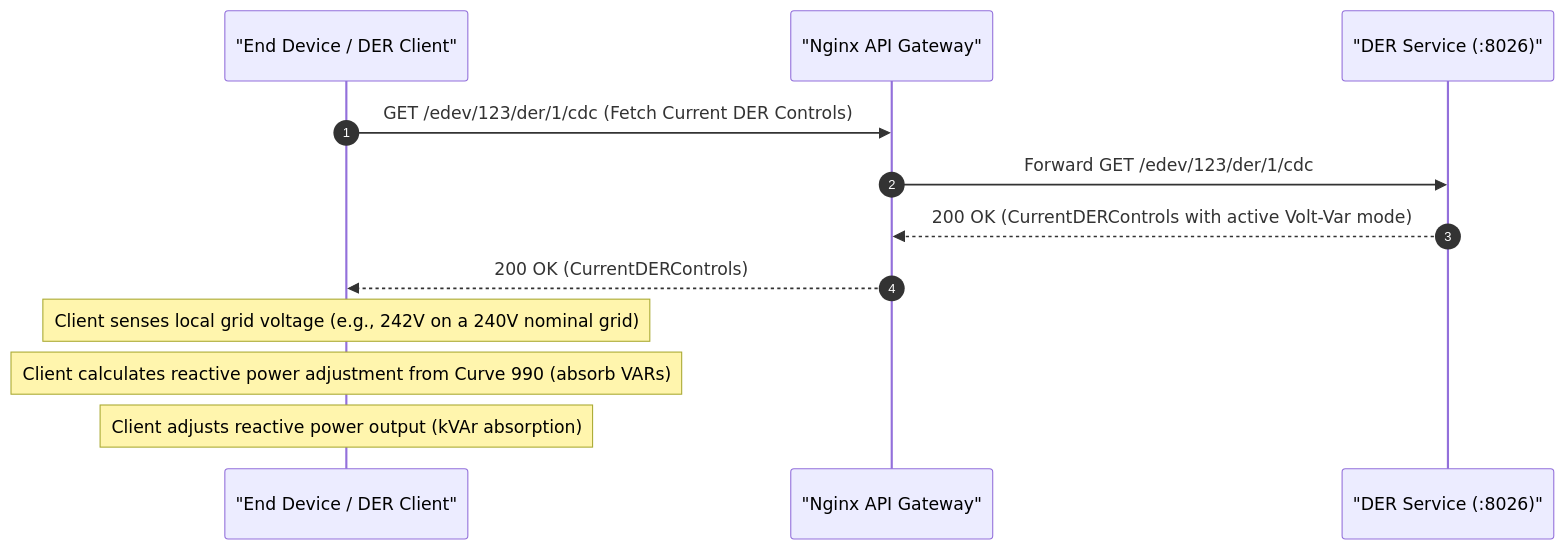
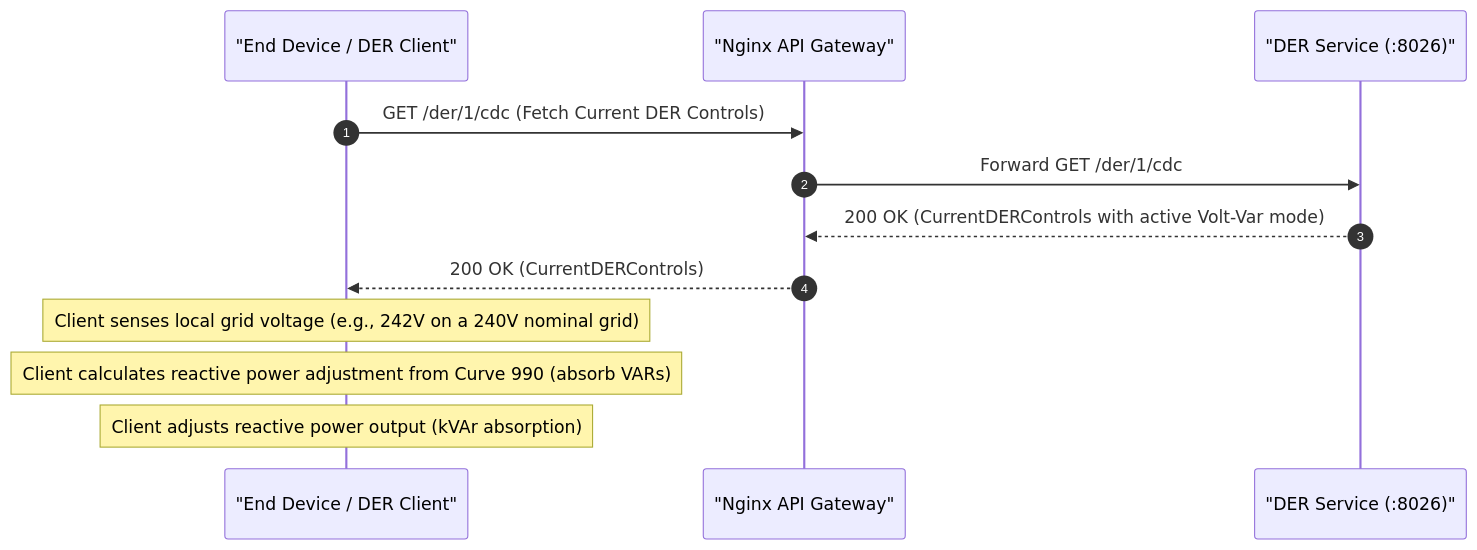
Before and after one commit to Tylores/egot: the third of 5 diagrams in lifecycles/voltage_management.md, drawn with Mermaid. The commit also changed other lines of this file and 18 other files, not shown here.

````diff
--- a/lifecycles/voltage_management.md
+++ b/lifecycles/voltage_management.md
@@ -76,16 +76,16 @@
 ```mermaid
 sequenceDiagram
     autonumber
     participant Client as "End Device / DER Client"
     participant GW as "Nginx API Gateway"
     participant DER as "DER Service (:8026)"
 
-    Client->>GW: GET /edev/123/der/1/cdc (Fetch Current DER Controls)
-    GW->>DER: Forward GET /edev/123/der/1/cdc
+    Client->>GW: GET /der/1/cdc (Fetch Current DER Controls)
+    GW->>DER: Forward GET /der/1/cdc
     DER-->>GW: 200 OK (CurrentDERControls with active Volt-Var mode)
     GW-->>Client: 200 OK (CurrentDERControls)
 
     Note over Client: Client senses local grid voltage (e.g., 242V on a 240V nominal grid)
     Note over Client: Client calculates reactive power adjustment from Curve 990 (absorb VARs)
     Note over Client: Client adjusts reactive power output (kVAr absorption)
 ```
````
